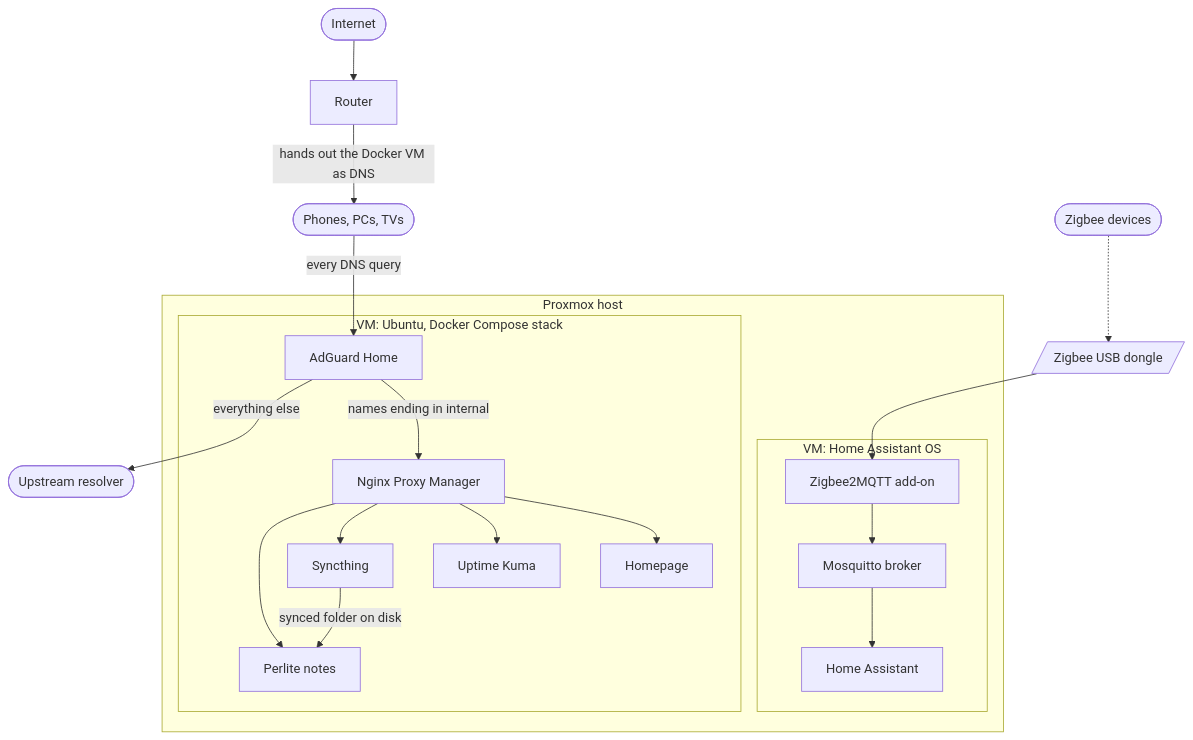
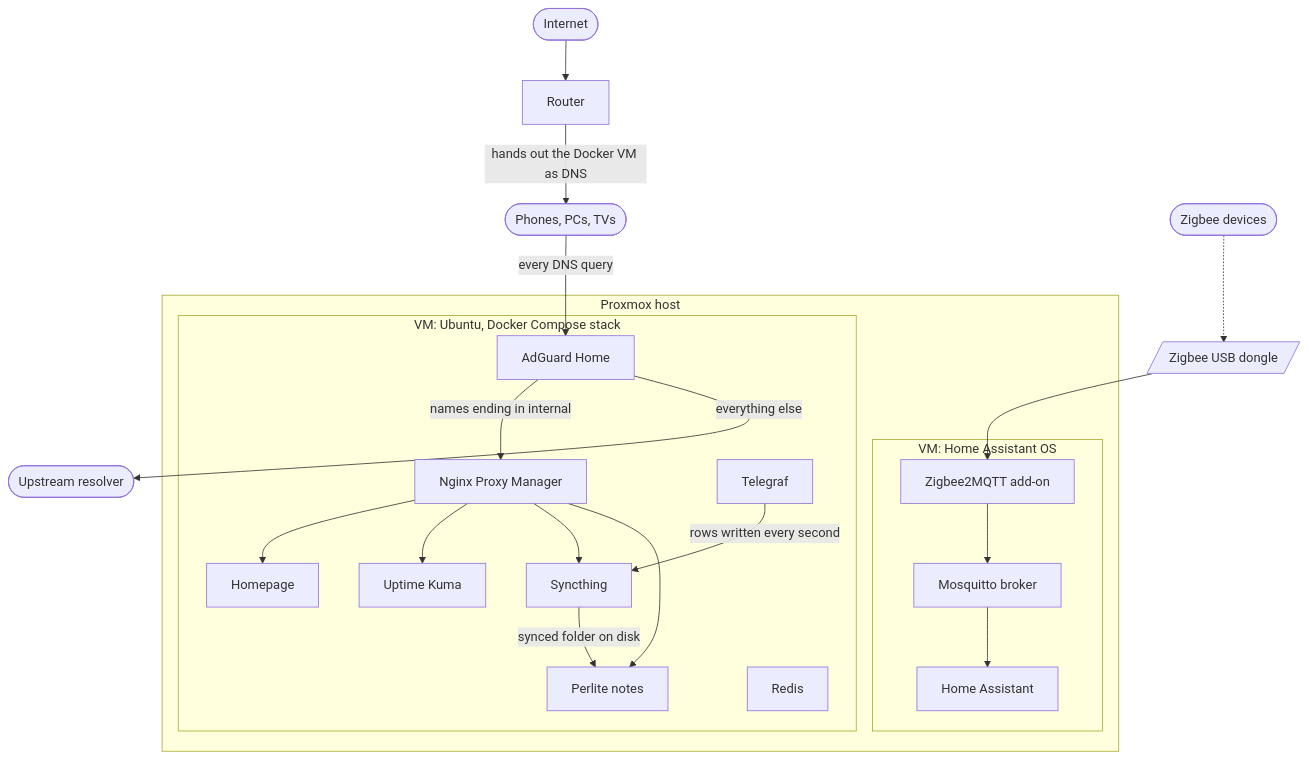
The first of 2 diagrams in homelab/README_HOMELAB.md (Lukk17/InstallationHelper), drawn with Mermaid before and after one commit. The commit also changed other lines of this file and 12 other files, not shown here.

````diff
--- a/homelab/README_HOMELAB.md
+++ b/homelab/README_HOMELAB.md
@@ -35,36 +35,39 @@
 ```mermaid
 graph TB
     accTitle: Home lab architecture
     accDescr: A router hands out the Docker VM as DNS for the LAN. A Proxmox host runs a Home Assistant VM and a Docker VM. AdGuard Home resolves every query and routes internal names through Nginx Proxy Manager to the service containers.
 
     NET([Internet]) --> R["Router"]
     R -->|hands out the Docker VM as DNS| C([Phones, PCs, TVs])
     C -->|every DNS query| AG
 
     subgraph HOST["Proxmox host"]
         subgraph VMHA["VM: Home Assistant OS"]
             HA[Home Assistant]
             Z2M[Zigbee2MQTT add-on]
             MQ[Mosquitto broker]
         end
         subgraph VMD["VM: Ubuntu, Docker Compose stack"]
             AG[AdGuard Home]
             NPM[Nginx Proxy Manager]
             HP[Homepage]
             UK[Uptime Kuma]
             SY[Syncthing]
             PL[Perlite notes]
+            TG[Telegraf]
+            RD[Redis]
         end
     end
 
     AG -->|names ending in internal| NPM
     AG -->|everything else| UP([Upstream resolver])
     NPM --> HP
     NPM --> UK
     NPM --> SY
     NPM --> PL
     SY -->|synced folder on disk| PL
+    TG -->|rows written every second| SY
     USB[/Zigbee USB dongle/] --> Z2M
     Z2M --> MQ --> HA
     ZB([Zigbee devices]) -.-> USB
 ```
````
